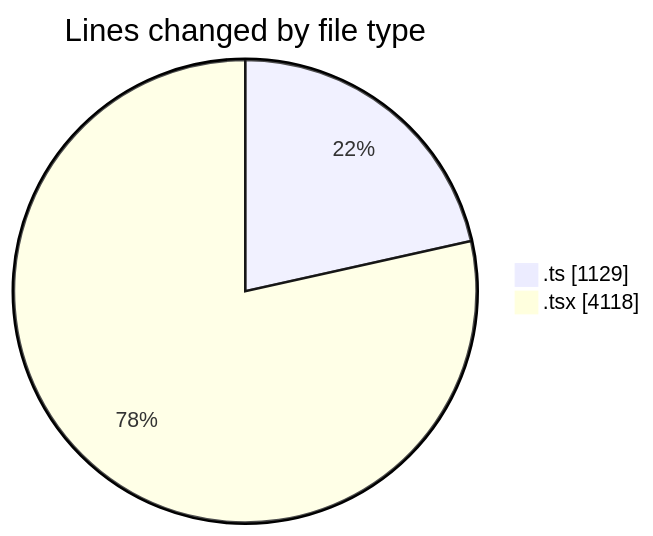
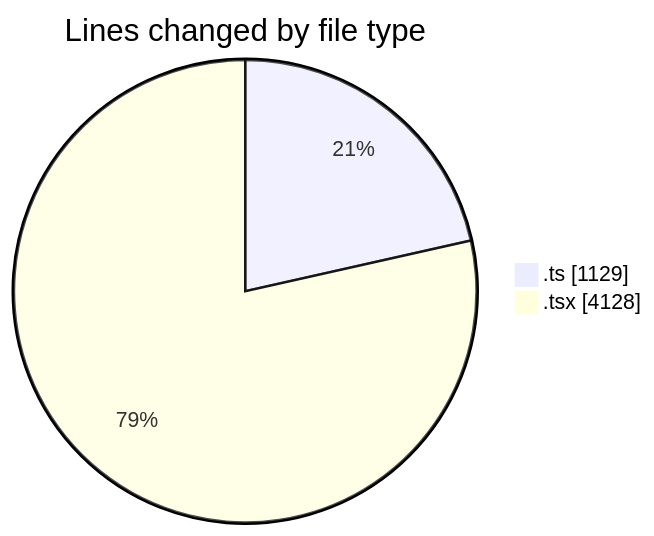
The first of 2 diagrams in 2025-09-02/cda/README.md (momahboobian/code-tracking), drawn with Mermaid before and after one commit. The commit also changed other lines of this file and 1 other file, not shown here.

````diff
--- a/2025-09-02/cda/README.md
+++ b/2025-09-02/cda/README.md
@@ -29,6 +29,6 @@
 ```mermaid
 pie showData
 title Lines changed by file type
 ".ts" : 1129
-".tsx" : 4118
+".tsx" : 4128
 ```
````
